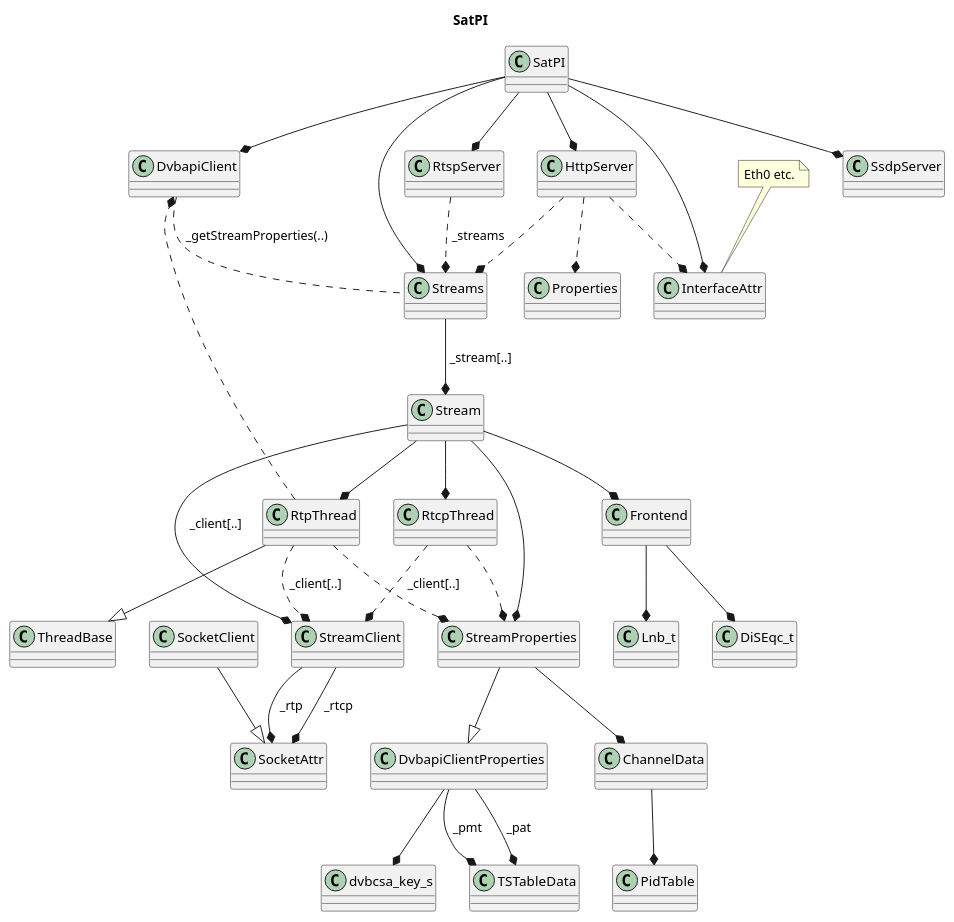
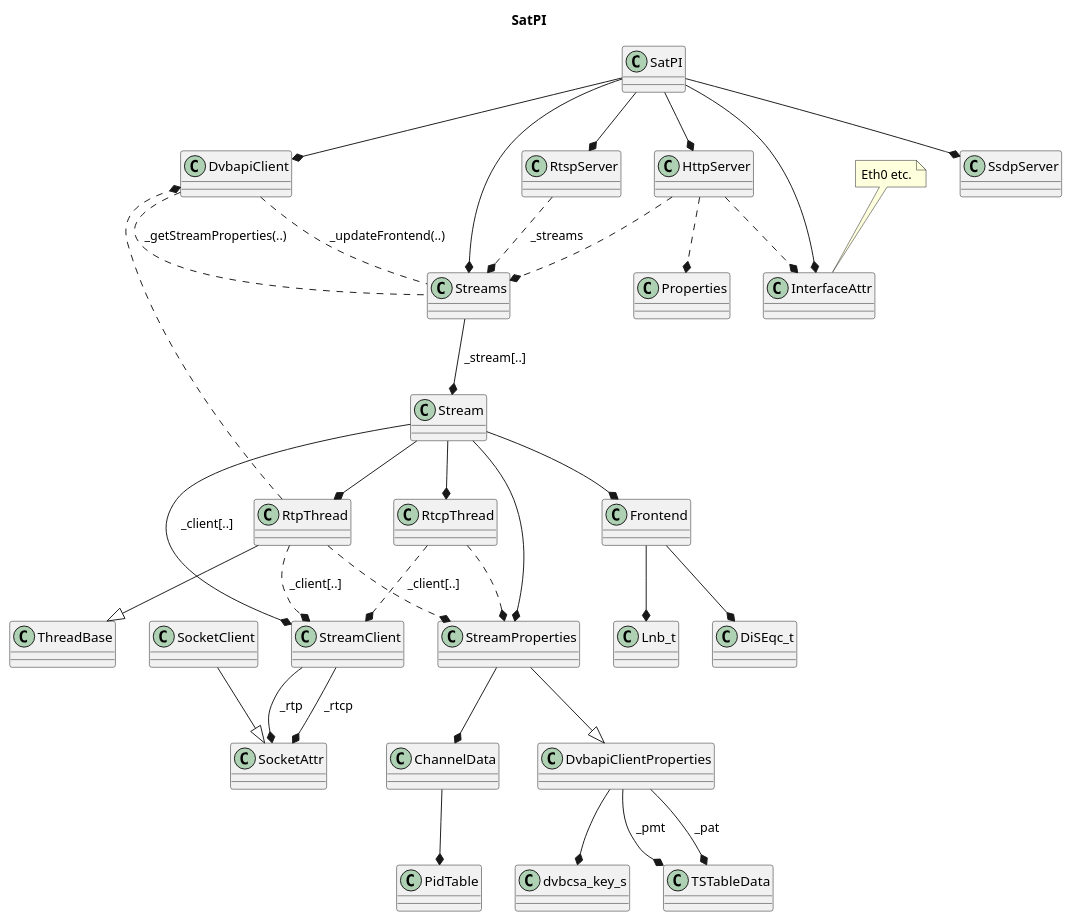
Before and after one commit to Barracuda09/SATPI: the diagram in SatPI.plantuml, drawn with PlantUML. The commit also changed 20 other files, not shown here.

```diff
--- a/SatPI.plantuml
+++ b/SatPI.plantuml
@@ -1,57 +1,58 @@
 @startuml
 
 hide footbox
 
 title SatPI
 
 SatPI --* DvbapiClient
 SatPI --* Streams
 SatPI --* RtspServer
 SatPI --* HttpServer
 SatPI --* SsdpServer
 SatPI --* InterfaceAttr
 
 note top of InterfaceAttr : Eth0 etc.
 
 Stream --* StreamClient : " _client[..] "
 Stream --* StreamProperties
 Stream --* Frontend
 Stream --* RtpThread
 Stream --* RtcpThread
 
 Streams --* Stream : " _stream[..] "
 
 StreamClient --* SocketAttr : " _rtp "
 StreamClient --* SocketAttr : " _rtcp "
 
 SocketClient --|> SocketAttr
 
 DvbapiClientProperties --* dvbcsa_key_s
 DvbapiClientProperties --* TSTableData : " _pat "
 DvbapiClientProperties --* TSTableData : " _pmt "
 
 StreamProperties --* ChannelData
 StreamProperties --|> DvbapiClientProperties
 
 DvbapiClient  .  Streams : " _getStreamProperties(..)"
+DvbapiClient  .  Streams : " _updateFrontend(..)"
 
 Frontend --* Lnb_t
 Frontend --* DiSEqc_t
 
 ChannelData --* PidTable
 
 RtpThread --|> ThreadBase
 RtpThread ..* StreamProperties
 RtpThread ..* StreamClient : " _client[..] "
 RtpThread ..* DvbapiClient
 
 RtspServer ..* Streams : " _streams "
 
 RtcpThread ..* StreamProperties
 RtcpThread ..* StreamClient : " _client[..] "
 
 HttpServer ..* Streams
 HttpServer ..* Properties
 HttpServer ..* InterfaceAttr
 
 @enduml
```
